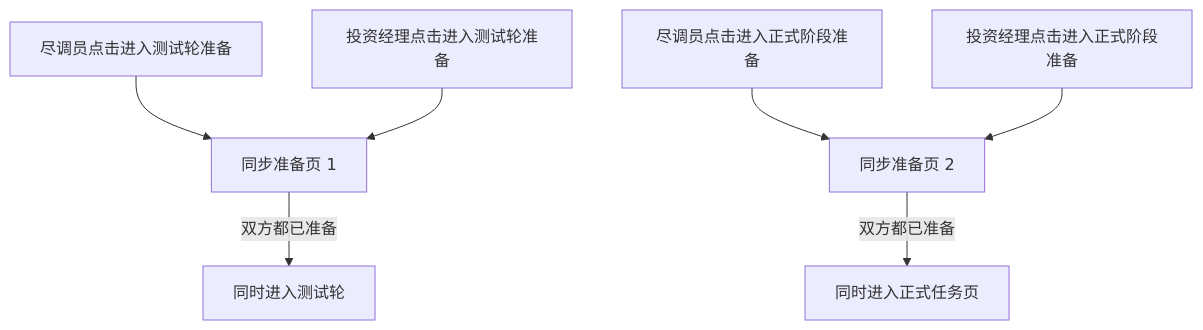
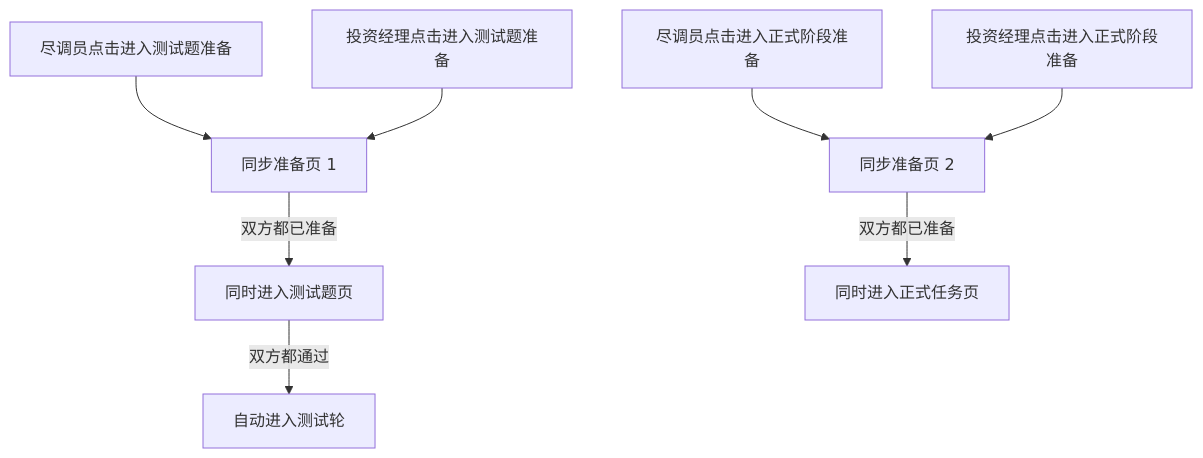
The second of 4 diagrams in 02_specs/00_overview/APP_FLOW.md (yezhouyedu/multicooperation), drawn with Mermaid before and after one commit. The commit also changed other lines of this file and 22 other files, not shown here.

````diff
--- a/02_specs/00_overview/APP_FLOW.md
+++ b/02_specs/00_overview/APP_FLOW.md
@@ -116,9 +132,10 @@
 ```mermaid
 flowchart TD
-    A1["尽调员点击进入测试轮准备"] --> Wait1["同步准备页 1"]
-    B1["投资经理点击进入测试轮准备"] --> Wait1
-    Wait1 -->|"双方都已准备"| Practice["同时进入测试轮"]
+    A1["尽调员点击进入测试题准备"] --> Wait1["同步准备页 1"]
+    B1["投资经理点击进入测试题准备"] --> Wait1
+    Wait1 -->|"双方都已准备"| Quiz["同时进入测试题页"]
+    Quiz -->|"双方都通过"| Practice["自动进入测试轮"]
     A2["尽调员点击进入正式阶段准备"] --> Wait2["同步准备页 2"]
     B2["投资经理点击进入正式阶段准备"] --> Wait2
     Wait2 -->|"双方都已准备"| Formal["同时进入正式任务页"]
 ```
````
